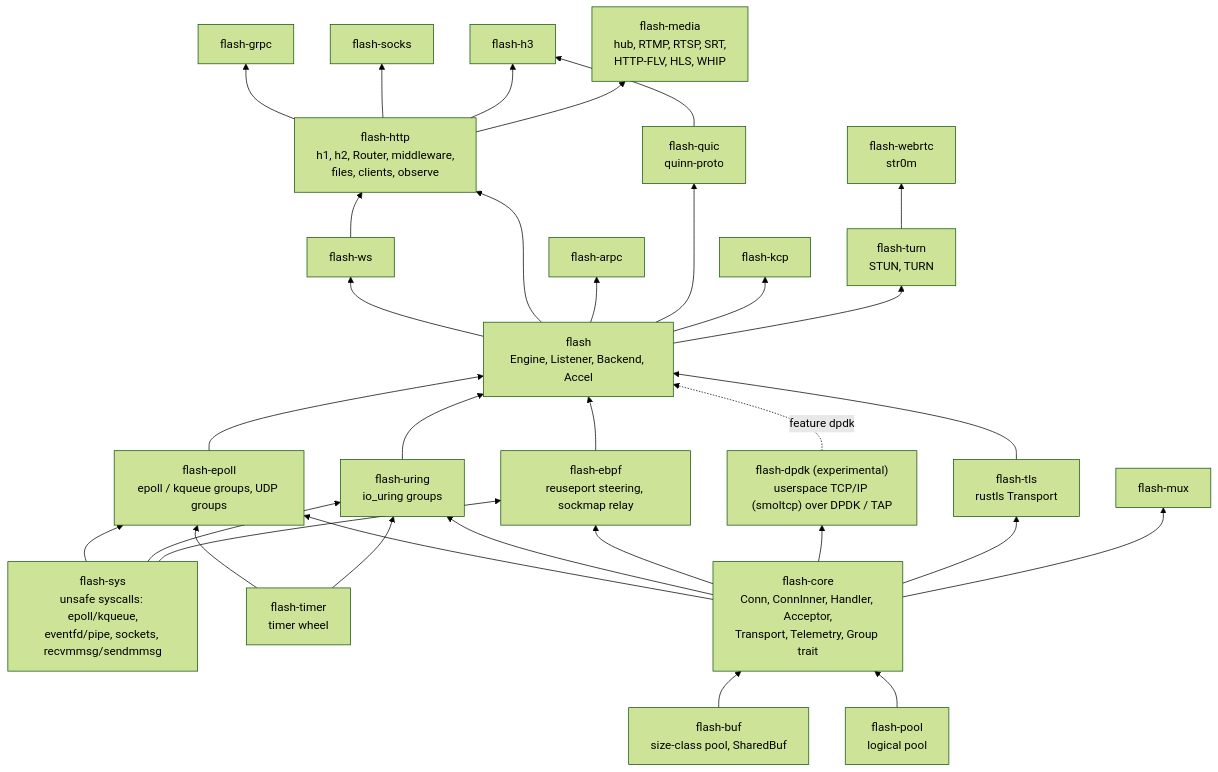
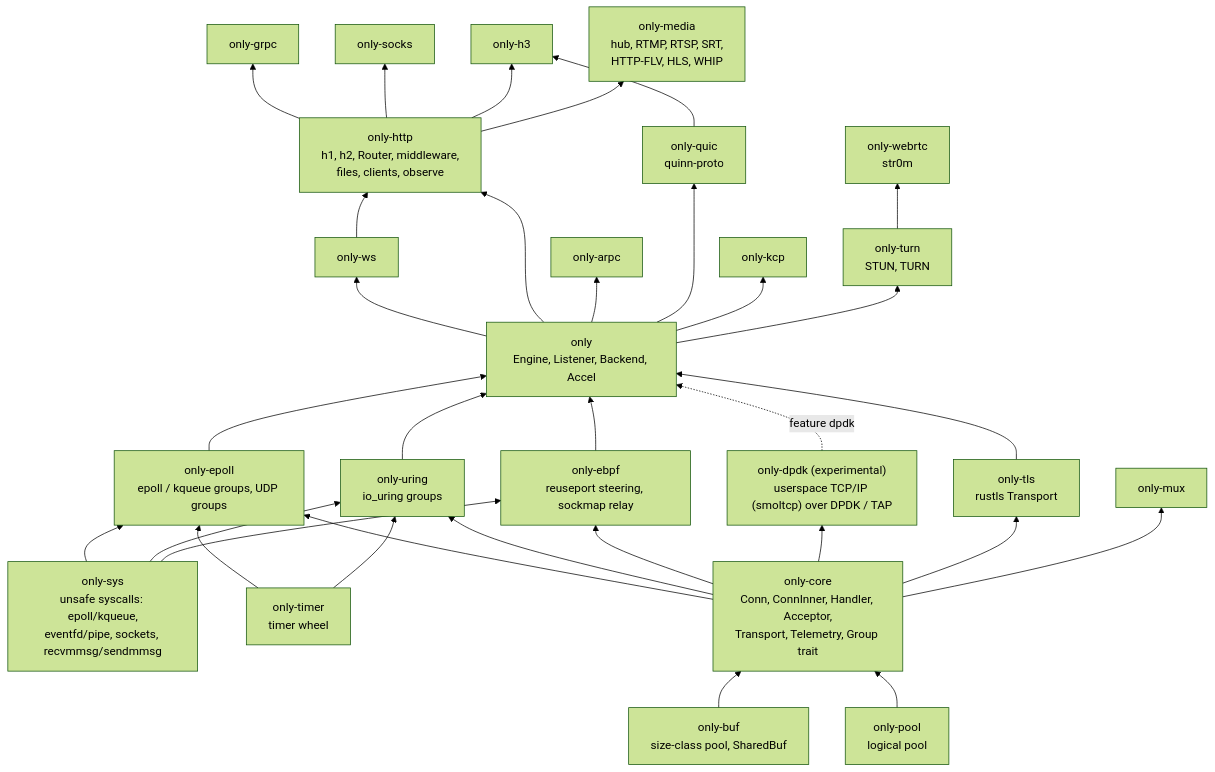
One commit to lesismal/akio changed the first of 6 diagrams in docs/architecture.md. Above: the diagram before and after it, drawn with Mermaid (forest theme). The commit also changed other lines of this file and 756 other files, not shown here.

First line of the commit message:
refactor!: rename the project from flash to only

````diff
--- a/docs/architecture.md
+++ b/docs/architecture.md
@@ -13,58 +13,58 @@
 ```mermaid
 flowchart BT
-    sys["flash-sys<br/>unsafe syscalls: epoll/kqueue,<br/>eventfd/pipe, sockets, recvmmsg/sendmmsg"]
-    buf["flash-buf<br/>size-class pool, SharedBuf"]
-    timer["flash-timer<br/>timer wheel"]
-    pool["flash-pool<br/>logical pool"]
-    core["flash-core<br/>Conn, ConnInner, Handler, Acceptor,<br/>Transport, Telemetry, Group trait"]
-    epoll["flash-epoll<br/>epoll / kqueue groups, UDP groups"]
-    uring["flash-uring<br/>io_uring groups"]
-    ebpf["flash-ebpf<br/>reuseport steering, sockmap relay"]
-    dpdk["flash-dpdk (experimental)<br/>userspace TCP/IP (smoltcp) over DPDK / TAP"]
-    tls["flash-tls<br/>rustls Transport"]
-    facade["flash<br/>Engine, Listener, Backend, Accel"]
-    http["flash-http<br/>h1, h2, Router, middleware,<br/>files, clients, observe"]
-    ws[flash-ws]
-    grpc[flash-grpc]
-    arpc[flash-arpc]
-    socks[flash-socks]
-    mux[flash-mux]
-    quic["flash-quic<br/>quinn-proto"]
-    h3[flash-h3]
-    kcp[flash-kcp]
-    turn["flash-turn<br/>STUN, TURN"]
-    webrtc["flash-webrtc<br/>str0m"]
-    media["flash-media<br/>hub, RTMP, RTSP, SRT,<br/>HTTP-FLV, HLS, WHIP"]
+    sys["only-sys<br/>unsafe syscalls: epoll/kqueue,<br/>eventfd/pipe, sockets, recvmmsg/sendmmsg"]
+    buf["only-buf<br/>size-class pool, SharedBuf"]
+    timer["only-timer<br/>timer wheel"]
+    pool["only-pool<br/>logical pool"]
+    core["only-core<br/>Conn, ConnInner, Handler, Acceptor,<br/>Transport, Telemetry, Group trait"]
+    epoll["only-epoll<br/>epoll / kqueue groups, UDP groups"]
+    uring["only-uring<br/>io_uring groups"]
+    ebpf["only-ebpf<br/>reuseport steering, sockmap relay"]
+    dpdk["only-dpdk (experimental)<br/>userspace TCP/IP (smoltcp) over DPDK / TAP"]
+    tls["only-tls<br/>rustls Transport"]
+    facade["only<br/>Engine, Listener, Backend, Accel"]
+    http["only-http<br/>h1, h2, Router, middleware,<br/>files, clients, observe"]
+    ws[only-ws]
+    grpc[only-grpc]
+    arpc[only-arpc]
+    socks[only-socks]
+    mux[only-mux]
+    quic["only-quic<br/>quinn-proto"]
+    h3[only-h3]
+    kcp[only-kcp]
+    turn["only-turn<br/>STUN, TURN"]
+    webrtc["only-webrtc<br/>str0m"]
+    media["only-media<br/>hub, RTMP, RTSP, SRT,<br/>HTTP-FLV, HLS, WHIP"]
 
     buf --> core
     pool --> core
     core --> epoll
     sys --> epoll
     timer --> epoll
     core --> uring
     sys --> uring
     timer --> uring
     core --> ebpf
     core --> dpdk
     sys --> ebpf
     core --> tls
     epoll --> facade
     uring --> facade
     ebpf --> facade
     dpdk -.->|feature dpdk| facade
     tls --> facade
     facade --> ws
     facade --> http
     ws --> http
     http --> grpc
     facade --> arpc
     http --> socks
     core --> mux
     facade --> quic
     quic --> h3
     http --> h3
     facade --> kcp
     facade --> turn
     turn --> webrtc
     http --> media
 ```
````
